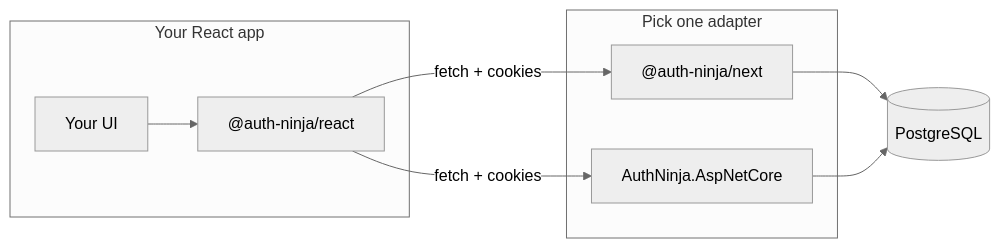
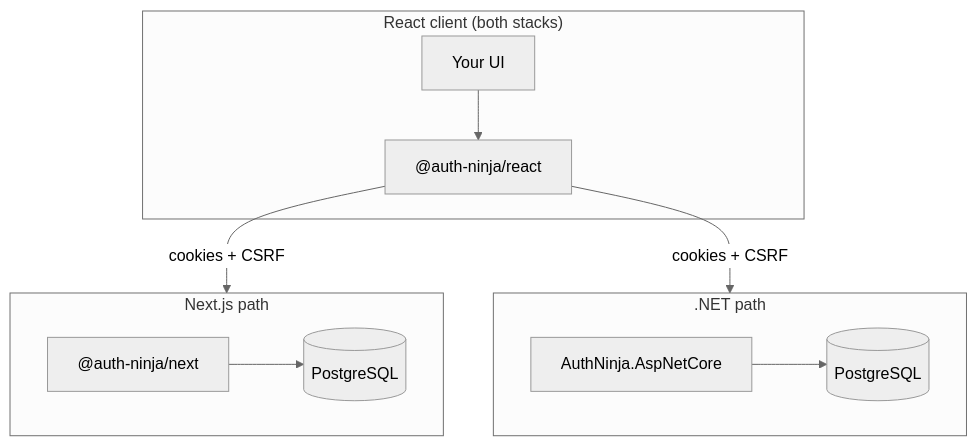
Before and after one commit to kristapsstrazds94/auth-ninja: the diagram in README.md, drawn with Mermaid (neutral theme). The commit also changed other lines of this file, not shown here.

Commit message:
docs: split README into separate Next.js and .NET integration sections

````diff
--- a/README.md
+++ b/README.md
@@ -33,19 +51,21 @@
 ```mermaid
-flowchart LR
-  subgraph client["Your React app"]
+flowchart TB
+  subgraph client["React client (both stacks)"]
     UI["Your UI"]
     React["@auth-ninja/react"]
     UI --> React
   end
 
-  subgraph server["Pick one adapter"]
+  React -->|"cookies + CSRF"| NextPath
+  React -->|"cookies + CSRF"| DotNetPath
+
+  subgraph NextPath["Next.js path"]
     Next["@auth-ninja/next"]
-    DotNet["AuthNinja.AspNetCore"]
+    Next --> PG1[(PostgreSQL)]
   end
 
-  DB[(PostgreSQL)]
-  React -->|"fetch + cookies"| Next
-  React -->|"fetch + cookies"| DotNet
-  Next --> DB
-  DotNet --> DB
+  subgraph DotNetPath[".NET path"]
+    DotNet["AuthNinja.AspNetCore"]
+    DotNet --> PG2[(PostgreSQL)]
+  end
 ```
````
